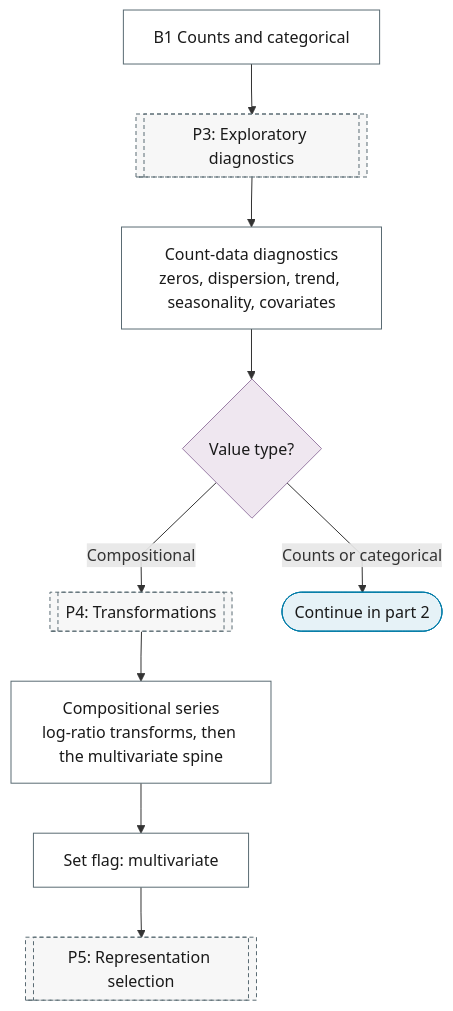
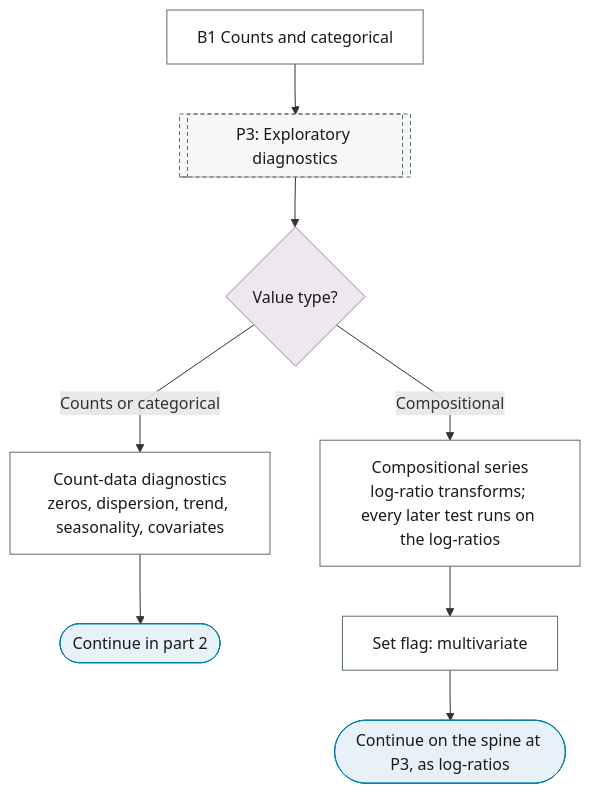
The first of 5 diagrams in docs/reference/16-count-categorical/index.md (Shuxin-Y/time-series-analysis-manual), drawn with Mermaid before and after one commit. The commit also changed 14 other files, not shown here.

````diff
--- a/docs/reference/16-count-categorical/index.md
+++ b/docs/reference/16-count-categorical/index.md
@@ -9,24 +9,23 @@
 ```mermaid
 %%{init: {"flowchart": {"curve": "linear"}}}%%
 graph TD
     B1["B1 Counts and categorical"] --> P3[["P3: Exploratory diagnostics"]]
-    P3 --> B1_COUNT_EDA["Count-data diagnostics<br/>zeros, dispersion, trend, seasonality, covariates"]
-    B1_COUNT_EDA --> B1_VALUE{"Value type?"}
-    B1_VALUE -->|"Compositional"| P4[["P4: Transformations"]]
-    B1_VALUE -->|"Counts or categorical"| B1_TO_PART_2(["Continue in part 2"])
-    P4 --> B1_COMPOSITIONAL["Compositional series<br/>log-ratio transforms, then the multivariate spine"]
+    P3 --> B1_VALUE{"Value type?"}
+    B1_VALUE -->|"Counts or categorical"| B1_COUNT_EDA["Count-data diagnostics<br/>zeros, dispersion, trend, seasonality, covariates"]
+    B1_VALUE -->|"Compositional"| B1_COMPOSITIONAL["Compositional series<br/>log-ratio transforms; every later test runs on the log-ratios"]
+    B1_COUNT_EDA --> B1_TO_PART_2(["Continue in part 2"])
     B1_COMPOSITIONAL --> B1_MULTIVARIATE_FLAG["Set flag: multivariate"]
-    B1_MULTIVARIATE_FLAG --> P5[["P5: Representation selection"]]
-    class B1_TO_PART_2 terminator
+    B1_MULTIVARIATE_FLAG --> B1_COMPOSITIONAL_OUT(["Continue on the spine at P3, as log-ratios"])
+    class B1_TO_PART_2,B1_COMPOSITIONAL_OUT terminator
     class B1_VALUE decision
     class B1,B1_COUNT_EDA,B1_COMPOSITIONAL,B1_MULTIVARIATE_FLAG process
-    class P3,P4,P5 ref
+    class P3 ref
     classDef terminator fill:#E6F2F7,stroke:#007BA7,color:#1A1A1A;
     classDef process fill:#FFFFFF,stroke:#5A6B73,color:#1A1A1A;
     classDef decision fill:#EFE7F0,stroke:#9B7FA7,color:#1A1A1A;
     classDef data fill:#FFF4E0,stroke:#C9A55E,color:#1A1A1A;
     classDef good fill:#DCEFD8,stroke:#4A7A3F,color:#1A1A1A;
     classDef escalate fill:#FFE9C2,stroke:#C9A55E,color:#1A1A1A;
     classDef problem fill:#F2D9DE,stroke:#800020,color:#1A1A1A;
     classDef ref fill:#F7F7F7,stroke:#5A6B73,color:#1A1A1A,stroke-dasharray:4 3;
 ```
````
